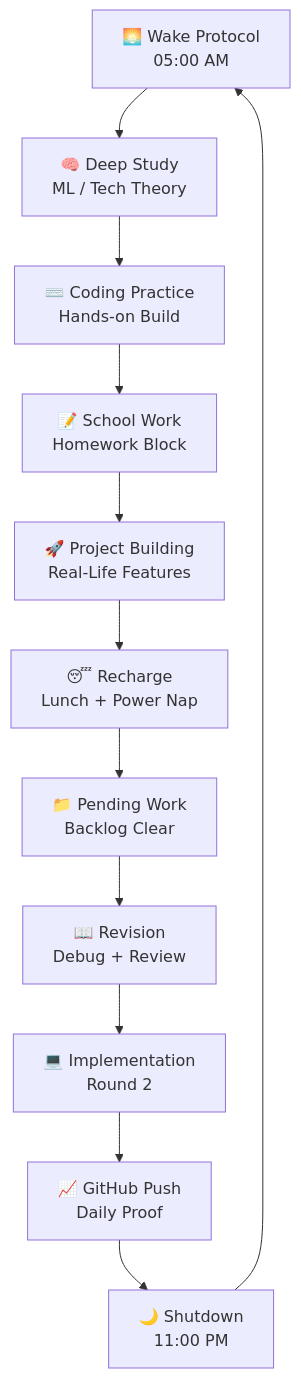
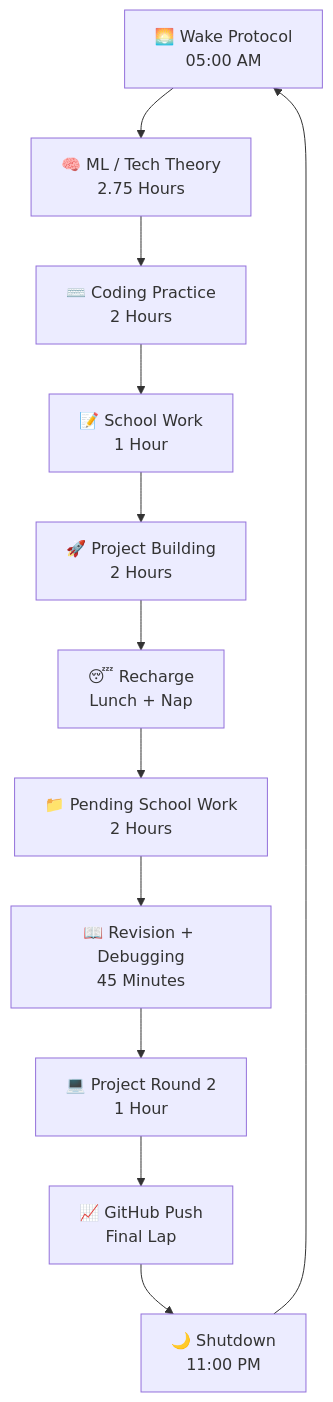
One commit to Boosterboy12/Monk-Mode-14 changed the fourth of 4 diagrams in README.md. Above: the diagram before and after it, drawn with Mermaid. The commit also changed other lines of this file, not shown here.

````diff
--- a/README.md
+++ b/README.md
@@ -314,14 +145,14 @@
 ```mermaid
 flowchart TD
-    A["🌅 Wake Protocol<br/>05:00 AM"] --> B["🧠 Deep Study<br/>ML / Tech Theory"]
-    B --> C["⌨️ Coding Practice<br/>Hands-on Build"]
-    C --> D["📝 School Work<br/>Homework Block"]
-    D --> E["🚀 Project Building<br/>Real-Life Features"]
-    E --> F["😴 Recharge<br/>Lunch + Power Nap"]
-    F --> G["📁 Pending Work<br/>Backlog Clear"]
-    G --> H["📖 Revision<br/>Debug + Review"]
-    H --> I["💻 Implementation<br/>Round 2"]
-    I --> J["📈 GitHub Push<br/>Daily Proof"]
+    A["🌅 Wake Protocol<br/>05:00 AM"] --> B["🧠 ML / Tech Theory<br/>2.75 Hours"]
+    B --> C["⌨️ Coding Practice<br/>2 Hours"]
+    C --> D["📝 School Work<br/>1 Hour"]
+    D --> E["🚀 Project Building<br/>2 Hours"]
+    E --> F["😴 Recharge<br/>Lunch + Nap"]
+    F --> G["📁 Pending School Work<br/>2 Hours"]
+    G --> H["📖 Revision + Debugging<br/>45 Minutes"]
+    H --> I["💻 Project Round 2<br/>1 Hour"]
+    I --> J["📈 GitHub Push<br/>Final Lap"]
     J --> K["🌙 Shutdown<br/>11:00 PM"]
     K --> A
 ```
````
